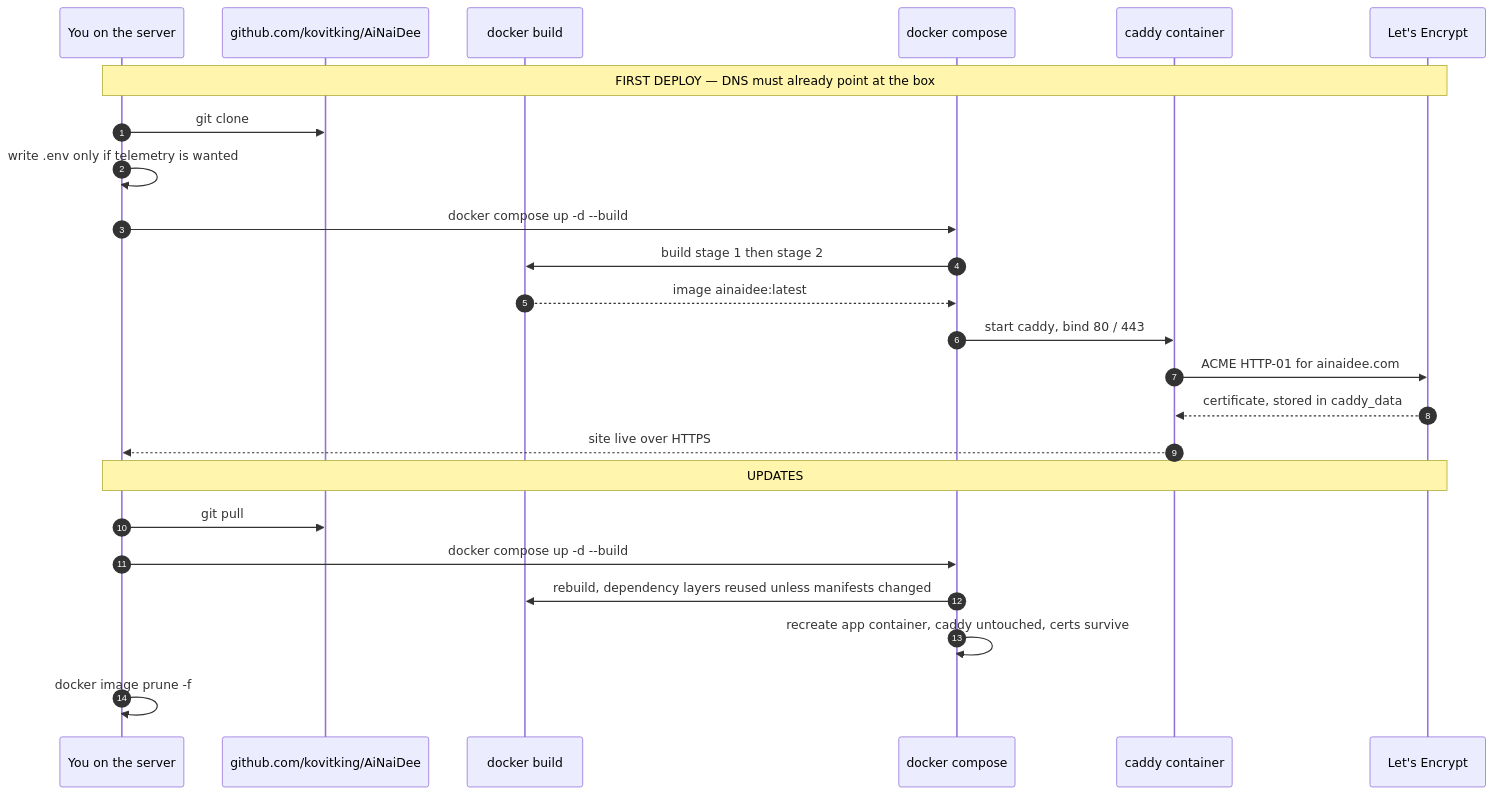
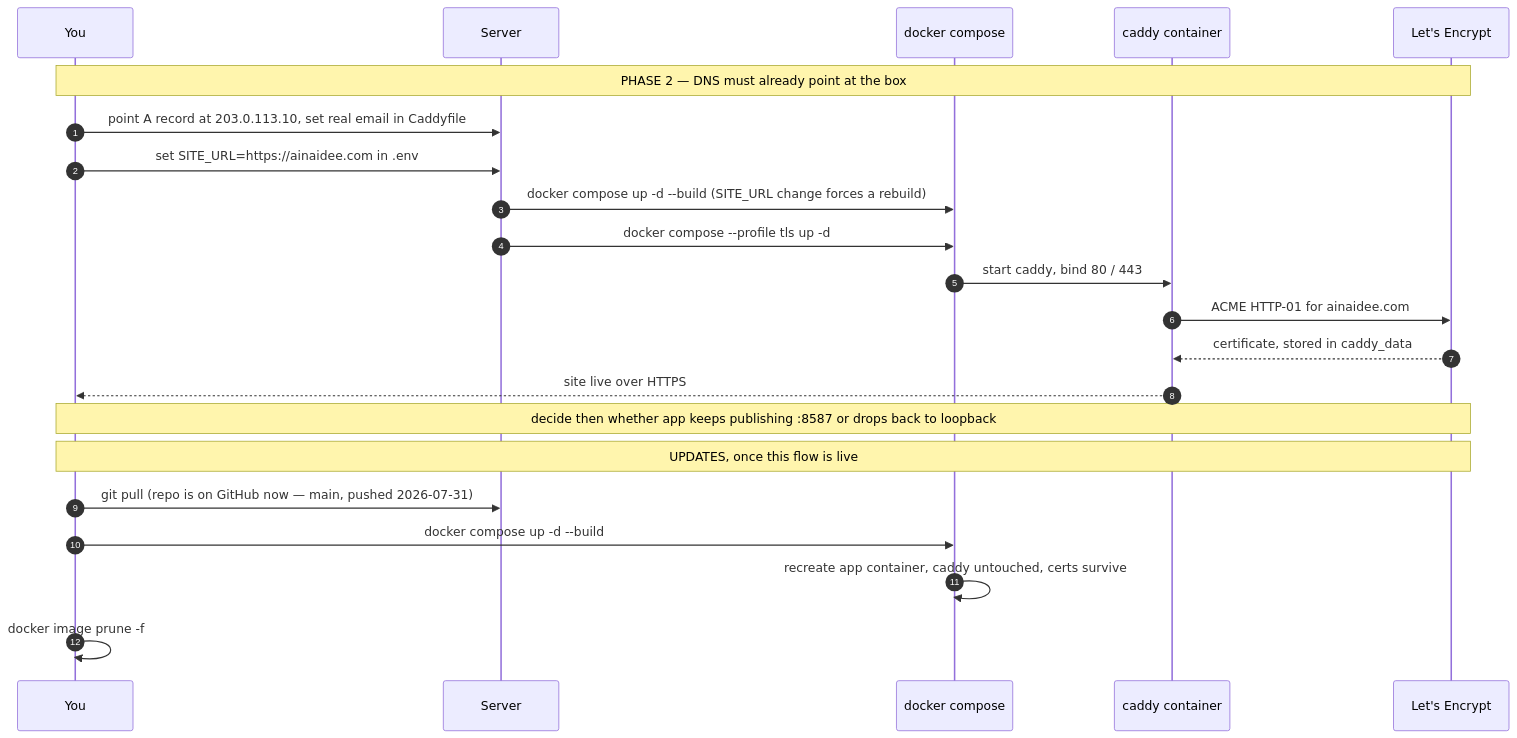
The fifth of 5 diagrams in docs/deploy-architecture.md (kovitking/AiNaiDee), drawn with Mermaid before and after one commit. The commit also changed other lines of this file and 13 other files, not shown here.

First line of the commit message:
feat(blog): scaffold headless Ghost + Astro blog, sync deploy docs to phase 1

````diff
--- a/docs/deploy-architecture.md
+++ b/docs/deploy-architecture.md
@@ -141,28 +189,26 @@
 ```mermaid
 sequenceDiagram
     autonumber
-    participant Dev as You on the server
-    participant Git as github.com/kovitking/AiNaiDee
-    participant BK as docker build
+    participant Dev as You
+    participant Srv as Server
     participant DC as docker compose
     participant CD as caddy container
     participant LE as Let's Encrypt
 
-    Note over Dev,LE: FIRST DEPLOY — DNS must already point at the box
-    Dev->>Git: git clone
-    Dev->>Dev: write .env only if telemetry is wanted
-    Dev->>DC: docker compose up -d --build
-    DC->>BK: build stage 1 then stage 2
-    BK-->>DC: image ainaidee:latest
+    Note over Dev,LE: PHASE 2 — DNS must already point at the box
+    Dev->>Srv: point A record at 203.0.113.10, set real email in Caddyfile
+    Dev->>Srv: set SITE_URL=https://ainaidee.com in .env
+    Srv->>DC: docker compose up -d --build (SITE_URL change forces a rebuild)
+    Srv->>DC: docker compose --profile tls up -d
     DC->>CD: start caddy, bind 80 / 443
     CD->>LE: ACME HTTP-01 for ainaidee.com
     LE-->>CD: certificate, stored in caddy_data
     CD-->>Dev: site live over HTTPS
+    Note over Dev,LE: decide then whether app keeps publishing :8587 or drops back to loopback
 
-    Note over Dev,LE: UPDATES
-    Dev->>Git: git pull
+    Note over Dev,LE: UPDATES, once this flow is live
+    Dev->>Srv: git pull (repo is on GitHub now — main, pushed 2026-07-31)
     Dev->>DC: docker compose up -d --build
-    DC->>BK: rebuild, dependency layers reused unless manifests changed
     DC->>DC: recreate app container, caddy untouched, certs survive
     Dev->>Dev: docker image prune -f
 ```
````
